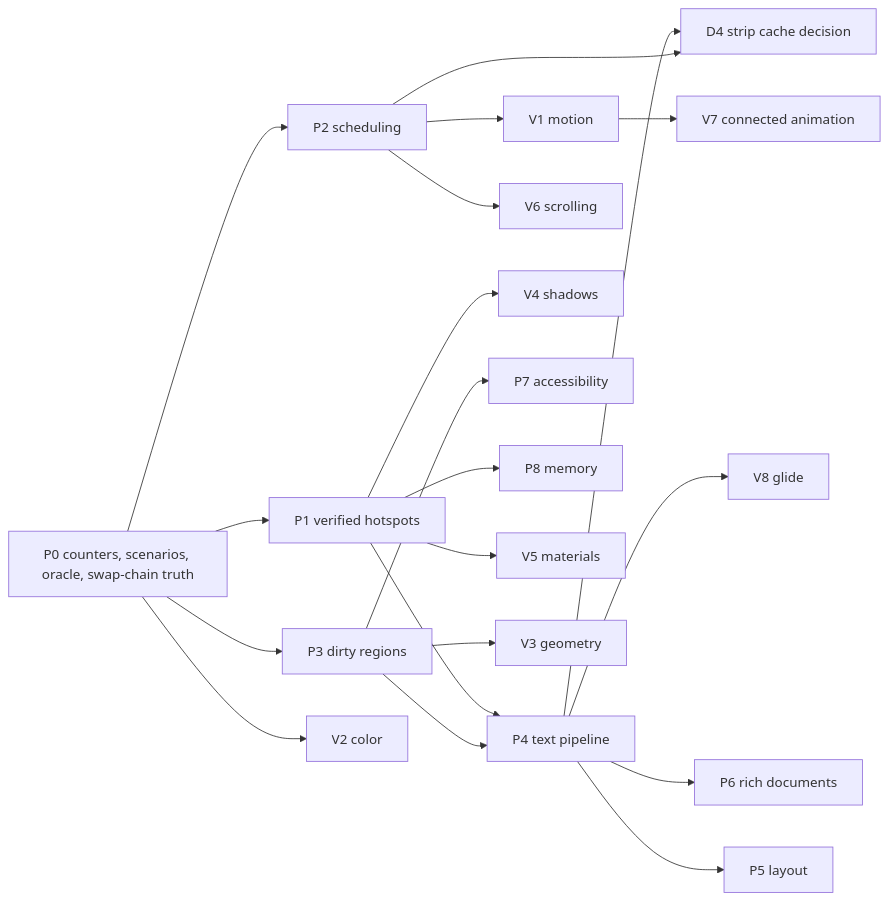
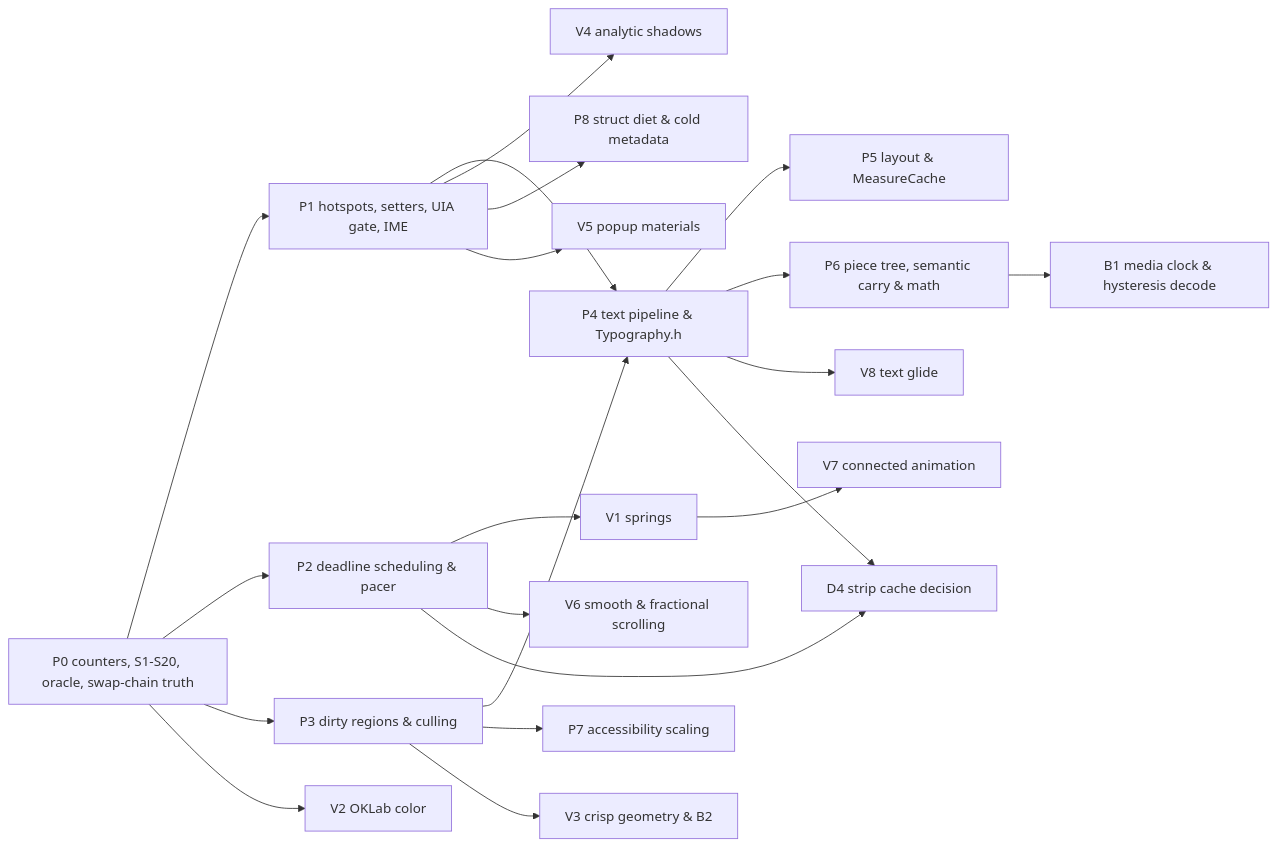
One commit to RedSalamanders/DxUi changed the diagram in Specs/Plans/WIP/RuntimeEfficiency_2026-11-07.md. Above: the diagram before and after it, drawn with Mermaid. The commit also changed other lines of this file and 2 other files, not shown here.

````diff
--- a/Specs/Plans/WIP/RuntimeEfficiency_2026-11-07.md
+++ b/Specs/Plans/WIP/RuntimeEfficiency_2026-11-07.md
@@ -692,22 +1364,23 @@
 ```mermaid
 flowchart LR
-    P0["P0 counters, scenarios, oracle, swap-chain truth"] --> P1["P1 verified hotspots"]
-    P0 --> P2["P2 scheduling"]
-    P0 --> P3["P3 dirty regions"]
-    P1 --> P4["P4 text pipeline"]
+    P0["P0 counters, S1-S20, oracle, swap-chain truth"] --> P1["P1 hotspots, setters, UIA gate, IME"]
+    P0 --> P2["P2 deadline scheduling & pacer"]
+    P0 --> P3["P3 dirty regions & culling"]
+    P1 --> P4["P4 text pipeline & Typography.h"]
     P3 --> P4
-    P2 --> V1["V1 motion"]
-    P2 --> V6["V6 scrolling"]
-    P1 --> V4["V4 shadows"]
-    P4 --> P5["P5 layout"]
-    P4 --> P6["P6 rich documents"]
-    P3 --> P7["P7 accessibility"]
-    P1 --> P8["P8 memory"]
+    P2 --> V1["V1 springs"]
+    P2 --> V6["V6 smooth & fractional scrolling"]
+    P1 --> V4["V4 analytic shadows"]
+    P4 --> P5["P5 layout & MeasureCache"]
+    P4 --> P6["P6 piece tree, semantic carry & math"]
+    P3 --> P7["P7 accessibility scaling"]
+    P1 --> P8["P8 struct diet & cold metadata"]
     V1 --> V7["V7 connected animation"]
-    P1 --> V5["V5 materials"]
-    P4 --> V8["V8 glide"]
-    P3 --> V3["V3 geometry"]
-    P0 --> V2["V2 color"]
+    P1 --> V5["V5 popup materials"]
+    P4 --> V8["V8 text glide"]
+    P3 --> V3["V3 crisp geometry & B2"]
+    P0 --> V2["V2 OKLab color"]
     P4 --> D4["D4 strip cache decision"]
     P2 --> D4
+    P6 --> B1["B1 media clock & hysteresis decode"]
 ```
````
